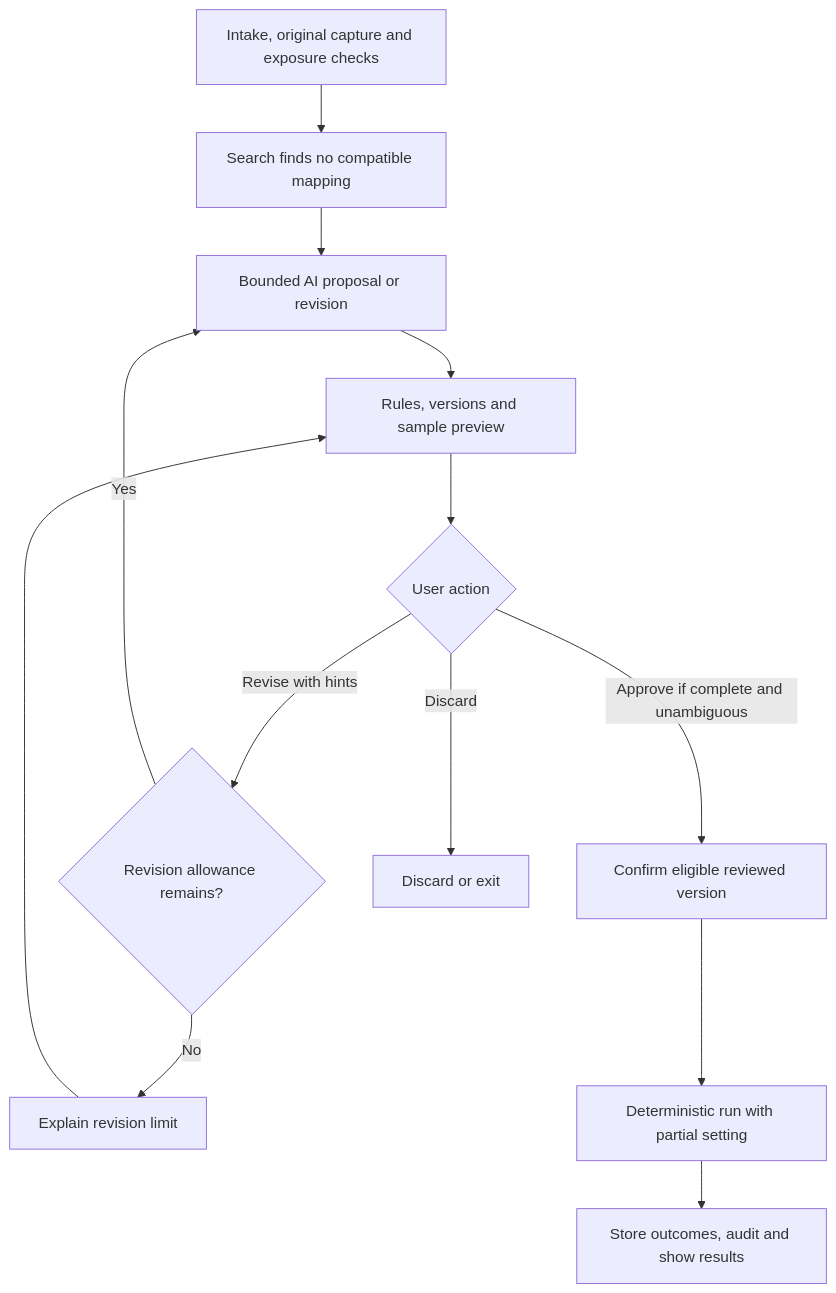
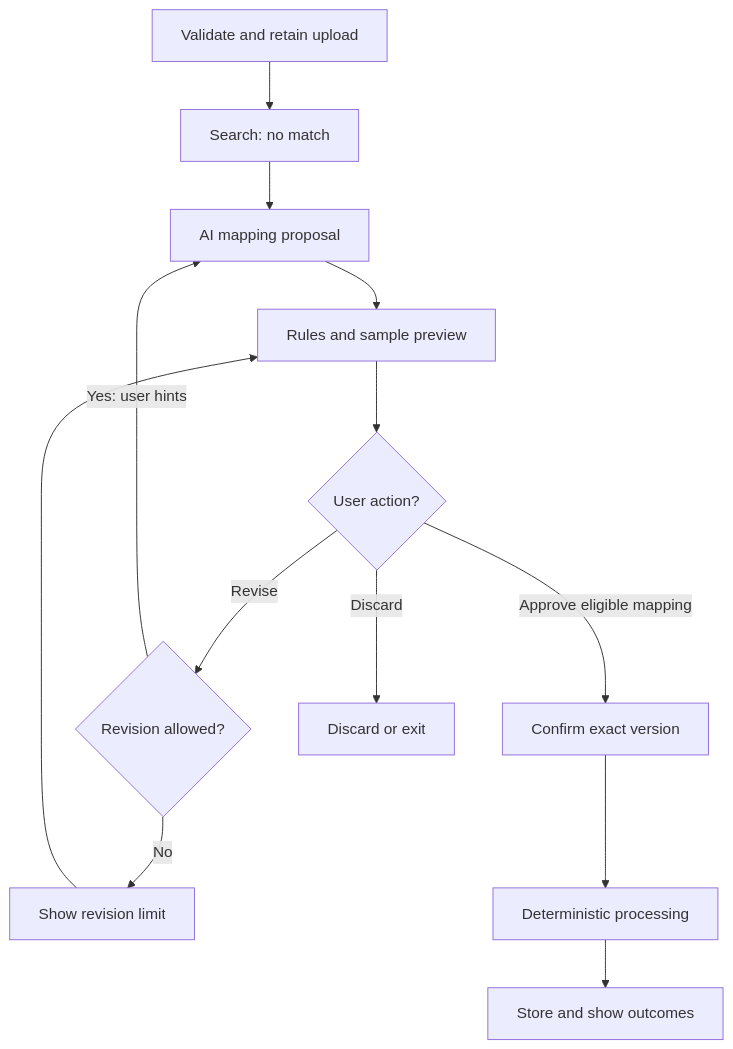
Before and after one commit to erickbradley/ai-assisted-b2b-integration-onboarding: the first of 3 diagrams in docs/architecture-workflows.md, drawn with Mermaid. The commit also changed other lines of this file and 9 other files, not shown here.

First line of the commit message:
Improve diagram readability and add zoomable SVG copies

````diff
--- a/docs/architecture-workflows.md
+++ b/docs/architecture-workflows.md
@@ -26,21 +28,21 @@
 ```mermaid
 flowchart TB
-    I["Intake, original capture and exposure checks"]
-    S["Search finds no compatible mapping"]
-    A["Bounded AI proposal or revision"]
-    V["Rules, versions and sample preview"]
-    D{"User action"}
-    L{"Revision allowance remains?"}
-    B["Explain revision limit"]
-    C["Confirm eligible reviewed version"]
+    I["Validate and retain upload"]
+    S["Search: no match"]
+    A["AI mapping proposal"]
+    V["Rules and sample preview"]
+    D{"User action?"}
+    L{"Revision allowed?"}
+    B["Show revision limit"]
+    C["Confirm exact version"]
     X["Discard or exit"]
-    T["Deterministic run with partial setting"]
-    O["Store outcomes, audit and show results"]
+    T["Deterministic processing"]
+    O["Store and show outcomes"]
 
     I --> S --> A --> V --> D
-    D -->|"Revise with hints"| L
-    L -->|"Yes"| A
+    D -->|"Revise"| L
+    L -->|"Yes: user hints"| A
     L -->|"No"| B --> V
-    D -->|"Approve if complete and unambiguous"| C --> T --> O
+    D -->|"Approve eligible mapping"| C --> T --> O
     D -->|"Discard"| X
 ```
````
